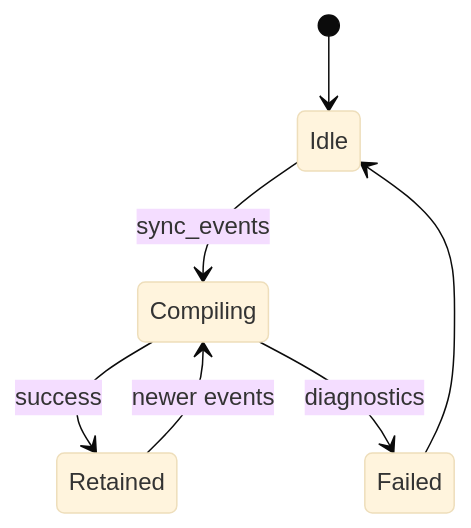
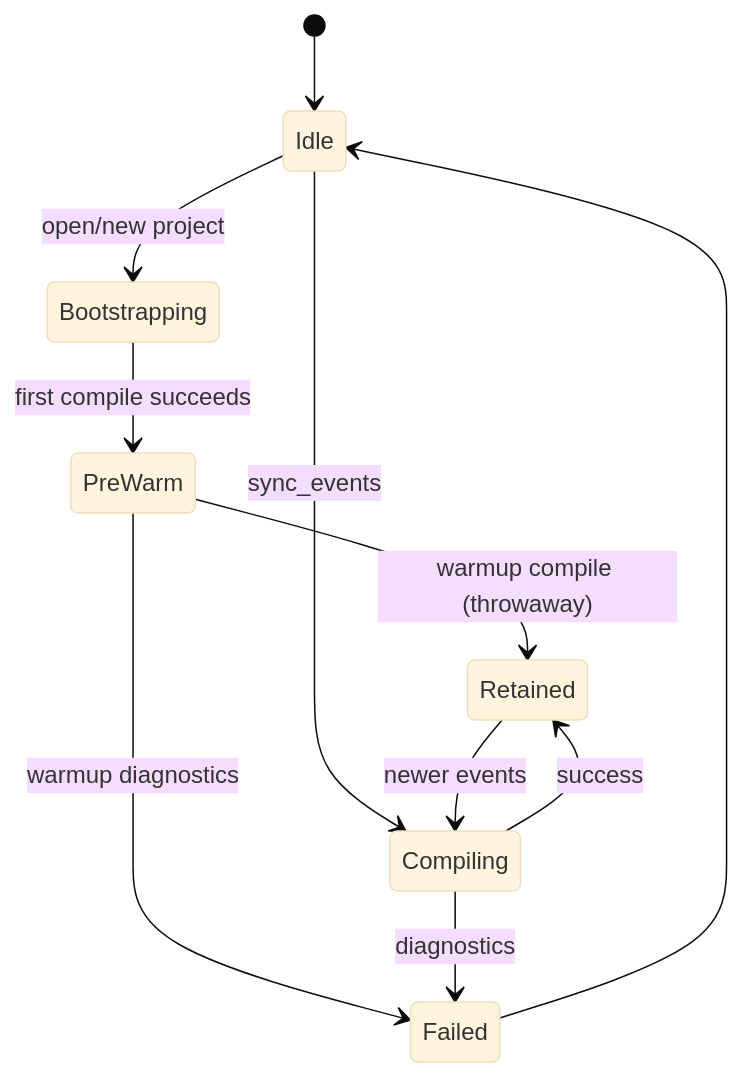
The third of 5 diagrams in context/state-diagrams.md (andmoreduro/ergo), drawn with Mermaid (base theme) before and after one commit. The commit also changed other lines of this file and 1 other file, not shown here.

Commit message:
docs(context): document bootstrap pre-warm compile in sequence/state diagrams
Update the bootstrap flow description in sequence-diagrams.md and add a
PreWarm state to the WASM compile lifecycle in state-diagrams.md to reflect
the throwaway second compile that warms the incremental-compile cache.

````diff
--- a/context/state-diagrams.md
+++ b/context/state-diagrams.md
@@ -37,10 +37,14 @@
 ```mermaid
 stateDiagram-v2
     direction TB
     [*] --> Idle
+    Idle --> Bootstrapping : open/new project
+    Bootstrapping --> PreWarm : first compile succeeds
+    PreWarm --> Retained : warmup compile (throwaway)
+    PreWarm --> Failed : warmup diagnostics
     Idle --> Compiling : sync_events
     Compiling --> Retained : success
     Compiling --> Failed : diagnostics
     Failed --> Idle
     Retained --> Compiling : newer events
 ```
````
